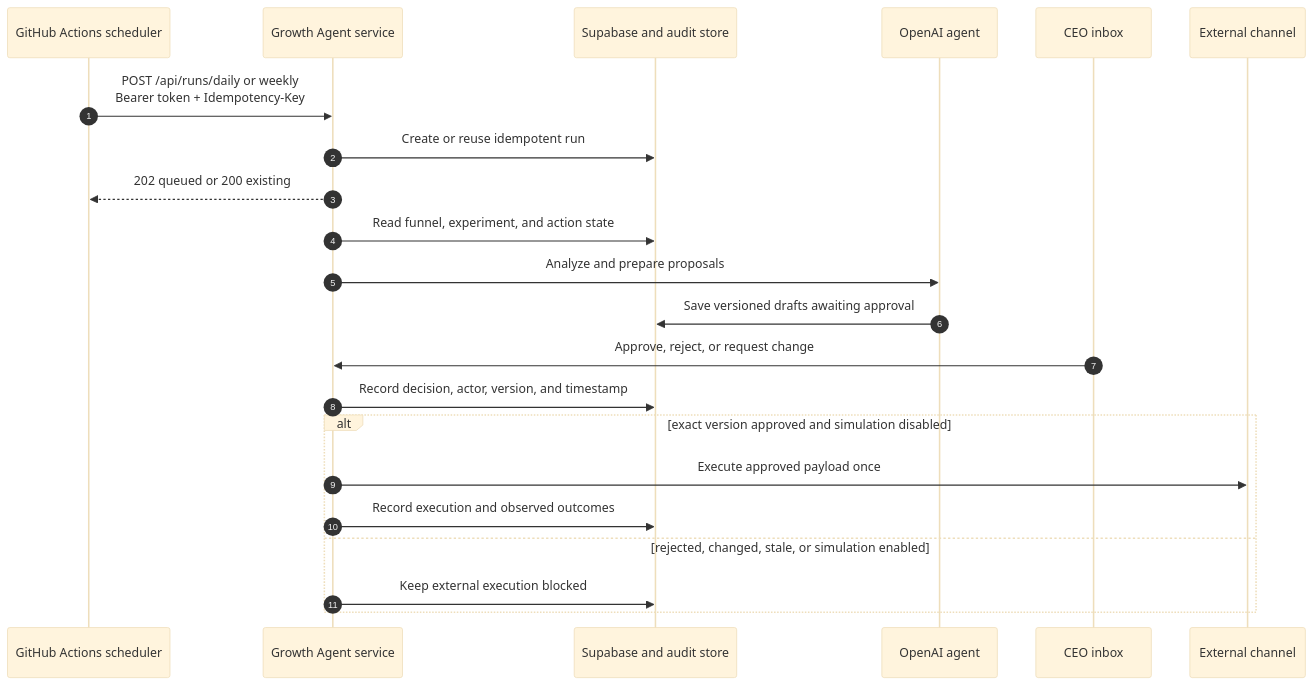
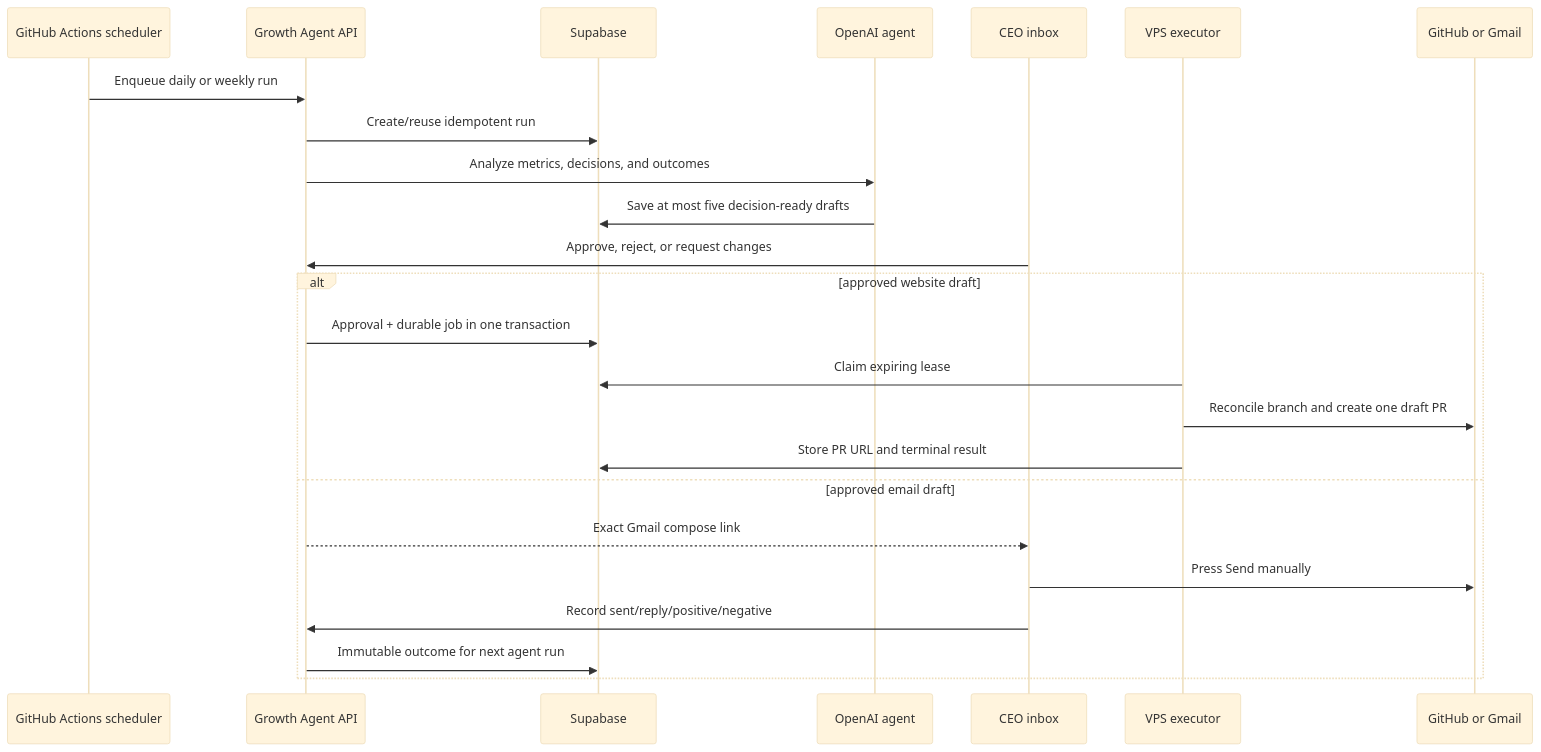
The diagram in docs/growth-agent-operations.md (denizaytac/ancbuddy-site), drawn with Mermaid (base theme) before and after one commit. The commit also changed other lines of this file and 29 other files, not shown here.

First line of the commit message:
Add durable approval execution (#12)

````diff
--- a/docs/growth-agent-operations.md
+++ b/docs/growth-agent-operations.md
@@ -7,25 +7,27 @@
 ```mermaid
 sequenceDiagram
-    autonumber
     participant GH as GitHub Actions scheduler
-    participant API as Growth Agent service
-    participant DB as Supabase and audit store
+    participant API as Growth Agent API
+    participant DB as Supabase
     participant AI as OpenAI agent
     participant CEO as CEO inbox
-    participant EXT as External channel
+    participant W as VPS executor
+    participant EXT as GitHub or Gmail
 
-    GH->>API: POST /api/runs/daily or weekly<br/>Bearer token + Idempotency-Key
-    API->>DB: Create or reuse idempotent run
-    API-->>GH: 202 queued or 200 existing
-    API->>DB: Read funnel, experiment, and action state
-    API->>AI: Analyze and prepare proposals
-    AI->>DB: Save versioned drafts awaiting approval
-    CEO->>API: Approve, reject, or request change
-    API->>DB: Record decision, actor, version, and timestamp
-    alt exact version approved and simulation disabled
-        API->>EXT: Execute approved payload once
-        API->>DB: Record execution and observed outcomes
-    else rejected, changed, stale, or simulation enabled
-        API->>DB: Keep external execution blocked
+    GH->>API: Enqueue daily or weekly run
+    API->>DB: Create/reuse idempotent run
+    API->>AI: Analyze metrics, decisions, and outcomes
+    AI->>DB: Save at most five decision-ready drafts
+    CEO->>API: Approve, reject, or request changes
+    alt approved website draft
+        API->>DB: Approval + durable job in one transaction
+        W->>DB: Claim expiring lease
+        W->>EXT: Reconcile branch and create one draft PR
+        W->>DB: Store PR URL and terminal result
+    else approved email draft
+        API-->>CEO: Exact Gmail compose link
+        CEO->>EXT: Press Send manually
+        CEO->>API: Record sent/reply/positive/negative
+        API->>DB: Immutable outcome for next agent run
     end
 ```
````
